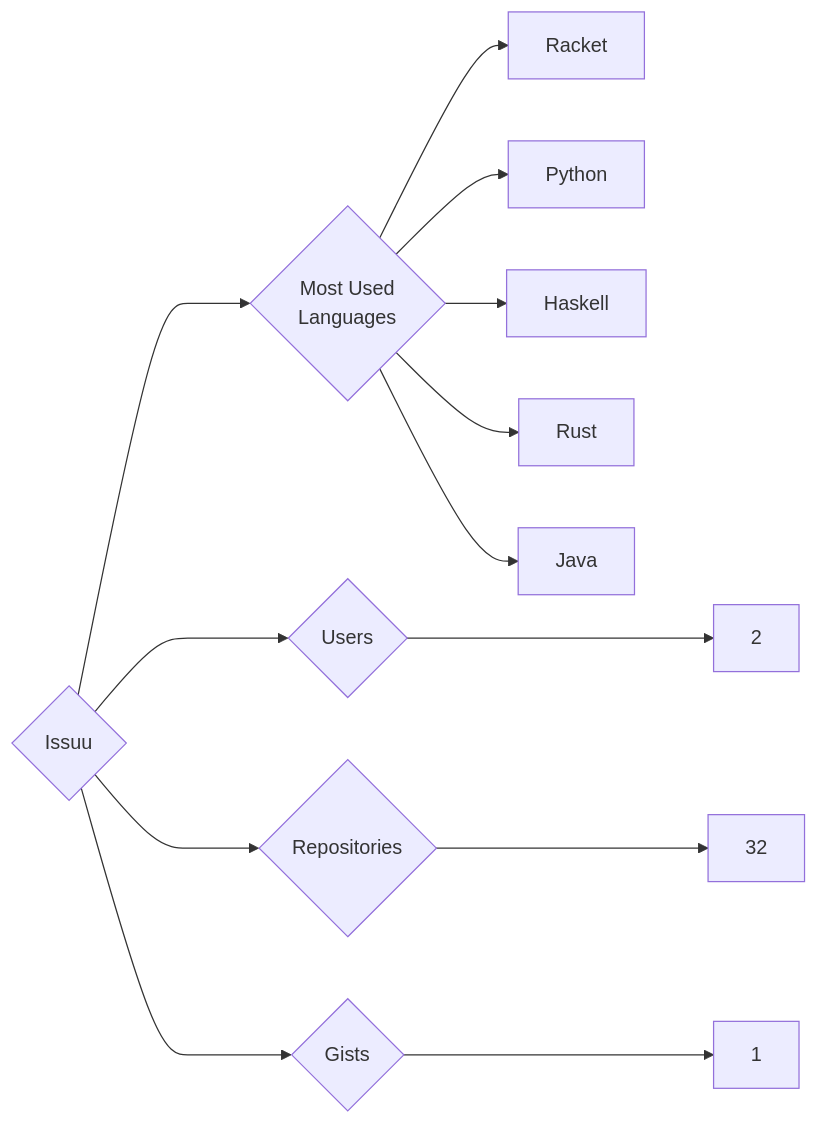
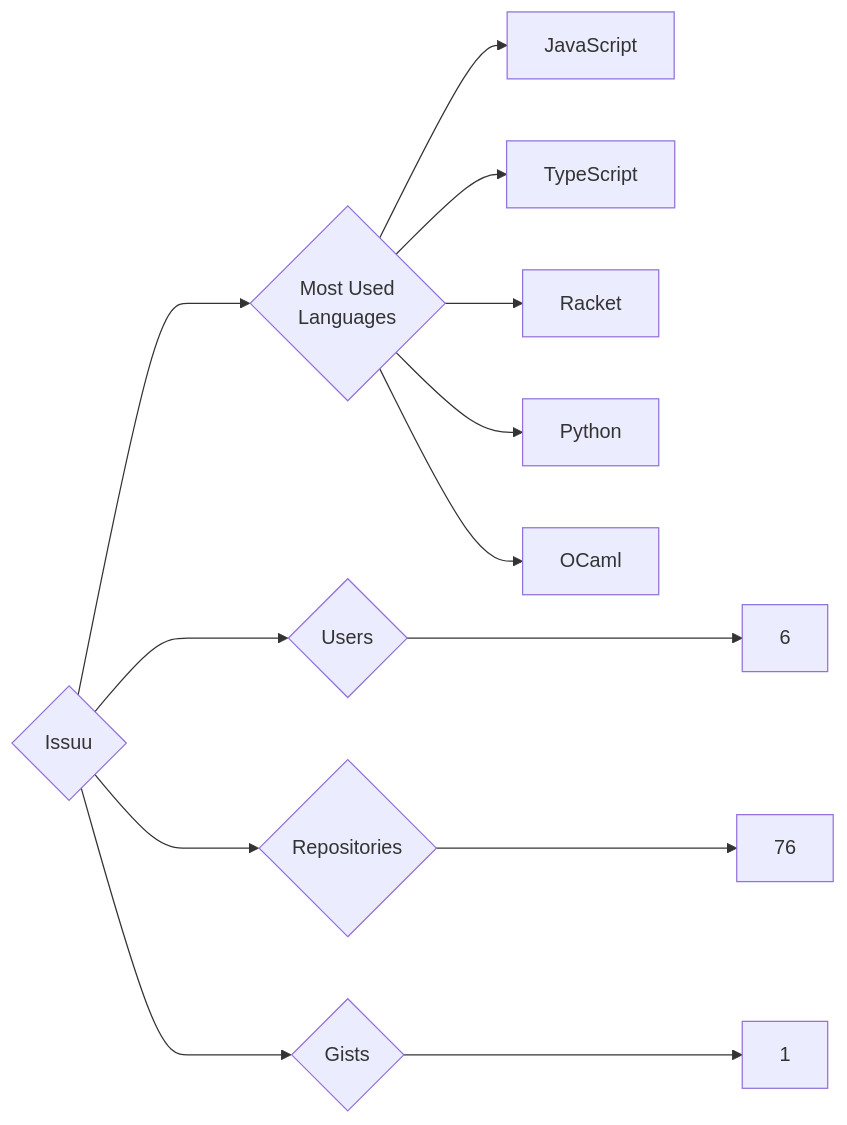
One commit to trickest/insiders changed the diagram in targets/Issuu/README.md. Above: the diagram before and after it, drawn with Mermaid. The commit also changed 847 other files, not shown here.

````diff
--- a/targets/Issuu/README.md
+++ b/targets/Issuu/README.md
@@ -3,13 +3,13 @@
 ```mermaid
 graph LR
 COMPANY_NAME{Issuu}
-COMPANY_NAME ---> U{Users} ---> UN[2]
-COMPANY_NAME ---> R{Repositories} ---> RN[32]
+COMPANY_NAME ---> U{Users} ---> UN[6]
+COMPANY_NAME ---> R{Repositories} ---> RN[76]
 COMPANY_NAME ---> G{Gists} ---> GN[1]
 COMPANY_NAME ---> ML{Most Used<br>Languages}
+ML --> JavaScript[JavaScript]
+ML --> TypeScript[TypeScript]
 ML --> Racket[Racket]
 ML --> Python[Python]
-ML --> Haskell[Haskell]
-ML --> Rust[Rust]
-ML --> Java[Java]
+ML --> OCaml[OCaml]
 ```
````
